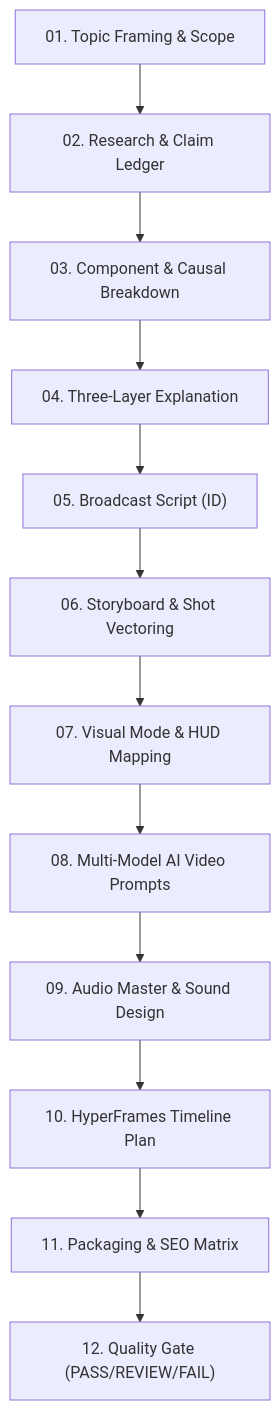
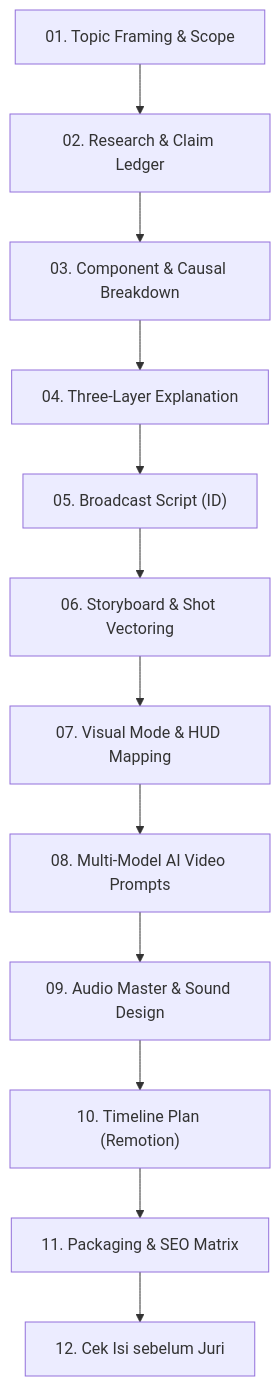
Before and after one commit to Audira141415/AUDIRA-EPISODES: the diagram in .claude/skills/how-it-works-audira-tech/SKILL.md, drawn with Mermaid. The commit also changed other lines of this file and 1188 other files, not shown here.

````diff
--- a/.claude/skills/how-it-works-audira-tech/SKILL.md
+++ b/.claude/skills/how-it-works-audira-tech/SKILL.md
@@ -54,14 +58,14 @@
 ```mermaid
 flowchart TD
     P1["01. Topic Framing & Scope"] --> P2["02. Research & Claim Ledger"]
     P2 --> P3["03. Component & Causal Breakdown"]
     P3 --> P4["04. Three-Layer Explanation"]
     P4 --> P5["05. Broadcast Script (ID)"]
     P5 --> P6["06. Storyboard & Shot Vectoring"]
     P6 --> P7["07. Visual Mode & HUD Mapping"]
     P7 --> P8["08. Multi-Model AI Video Prompts"]
     P8 --> P9["09. Audio Master & Sound Design"]
-    P9 --> P10["10. HyperFrames Timeline Plan"]
+    P9 --> P10["10. Timeline Plan (Remotion)"]
     P10 --> P11["11. Packaging & SEO Matrix"]
-    P11 --> P12["12. Quality Gate (PASS/REVIEW/FAIL)"]
+    P11 --> P12["12. Cek Isi sebelum Juri"]
 ```
````
